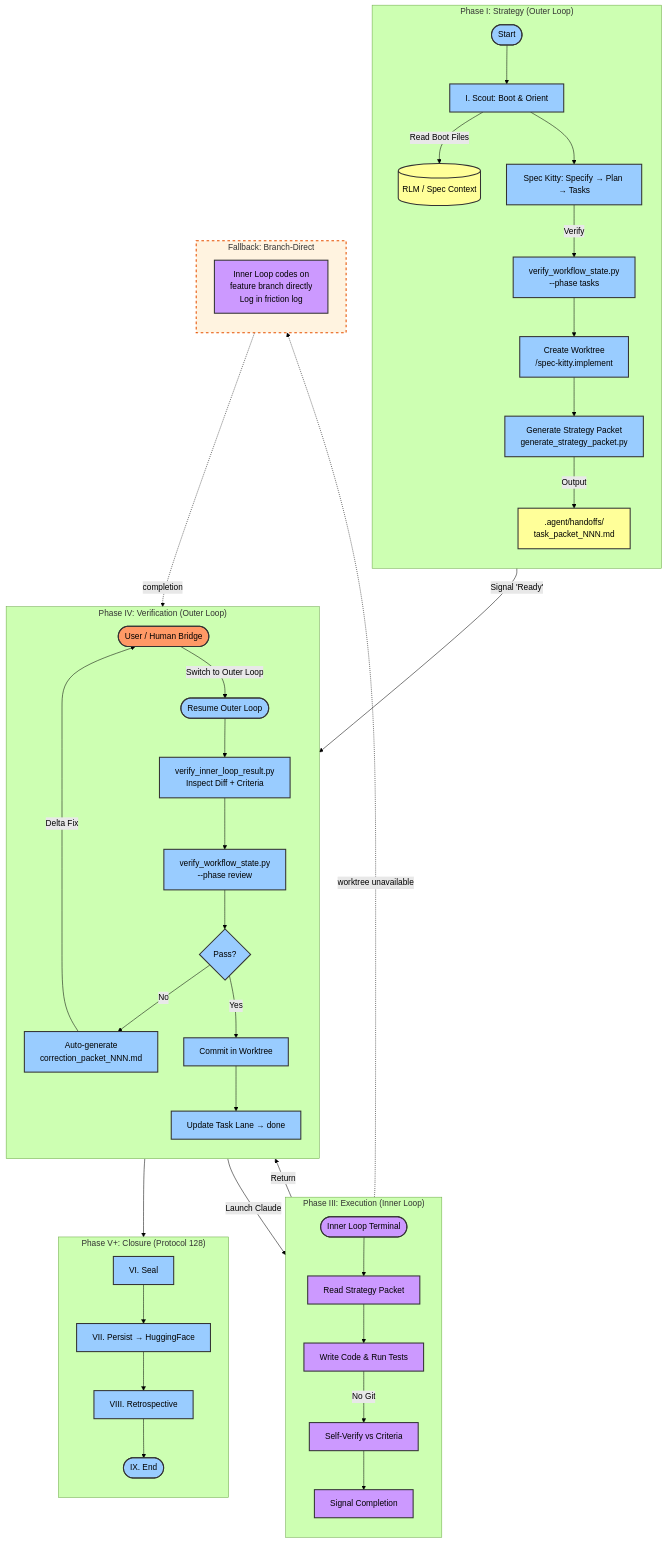
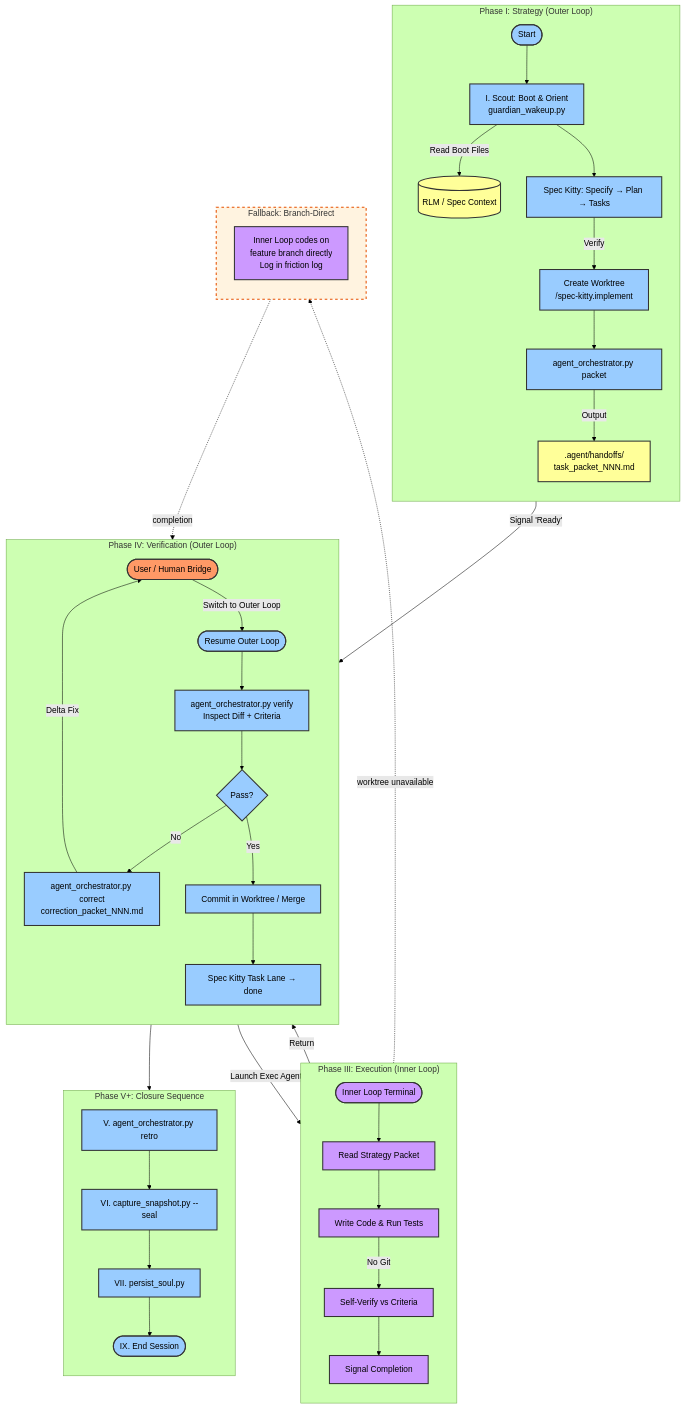
Before and after one commit to richfrem/Project_Sanctuary: the diagram in plugins/sanctuary-guardian/resources/diagrams/dual_loop_architecture.mmd, drawn with Mermaid (forest theme). The commit also changed 230 other files, not shown here.

```diff
--- a/plugins/sanctuary-guardian/resources/diagrams/dual_loop_architecture.mmd
+++ b/plugins/sanctuary-guardian/resources/diagrams/dual_loop_architecture.mmd
@@ -1,87 +1,85 @@
 flowchart TD
     %% ----------------------------------------------------
     %% Dual-Loop Agent Architecture (Protocol 133 + 128)
     %% ----------------------------------------------------
 
     %% Colors
     classDef human fill:#ff9966,stroke:#333,stroke-width:2px;
     classDef outer fill:#99ccff,stroke:#333,stroke-width:2px;
     classDef inner fill:#cc99ff,stroke:#333,stroke-width:2px;
     classDef storage fill:#ffff99,stroke:#333,stroke-width:2px;
 
     %% Actors
     User([User / Human Bridge]):::human
 
     %% ----------------------------------------------------
     %% PHASE I: STRATEGY (Outer Loop)
     %% ----------------------------------------------------
     subgraph OuterStrategy ["Phase I: Strategy (Outer Loop)"]
         direction TB
 
-        Start(["Start"]):::outer --> Scout[I. Scout: Boot & Orient]:::outer
+        Start(["Start"]):::outer --> Scout[I. Scout: Boot & Orient<br>guardian_wakeup.py]:::outer
         Scout -->|Read Boot Files| Context[(RLM / Spec Context)]:::storage
 
         Scout --> SpecKitty[Spec Kitty: Specify → Plan → Tasks]:::outer
-        SpecKitty -->|Verify| StateCheck[verify_workflow_state.py<br>--phase tasks]:::outer
-        StateCheck --> Worktree[Create Worktree<br>/spec-kitty.implement]:::outer
-        Worktree --> PacketGen[Generate Strategy Packet<br>generate_strategy_packet.py]:::outer
+        SpecKitty -->|Verify| Worktree[Create Worktree<br>/spec-kitty.implement]:::outer
+        Worktree --> PacketGen[agent_orchestrator.py packet]:::outer
         PacketGen -->|Output| Packet[".agent/handoffs/<br>task_packet_NNN.md"]:::storage
     end
 
     %% ----------------------------------------------------
     %% PHASE II: HAND-OFF (Human Bridge)
     %% ----------------------------------------------------
     Packet -->|Signal 'Ready'| User
-    User -->|Launch Claude| InnerStart([Inner Loop Terminal]):::inner
+    User -->|Launch Exec Agent| InnerStart([Inner Loop Terminal]):::inner
 
     %% ----------------------------------------------------
     %% PHASE III: EXECUTION (Inner Loop)
     %% ----------------------------------------------------
     subgraph InnerExec ["Phase III: Execution (Inner Loop)"]
         direction TB
 
         InnerStart --> ReadPacket[Read Strategy Packet]:::inner
         ReadPacket --> Code[Write Code & Run Tests]:::inner
         Code -->|No Git| Verify[Self-Verify vs Criteria]:::inner
         Verify --> Done[Signal Completion]:::inner
     end
 
     Done -->|Return| User
     User -->|Switch to Outer Loop| VerifyStart(["Resume Outer Loop"]):::outer
 
     %% ----------------------------------------------------
     %% PHASE IV: VERIFICATION (Outer Loop)
     %% ----------------------------------------------------
     subgraph Verification ["Phase IV: Verification (Outer Loop)"]
         direction TB
-        VerifyStart --> DiffCheck[verify_inner_loop_result.py<br>Inspect Diff + Criteria]:::outer
-        DiffCheck --> CleanCheck[verify_workflow_state.py<br>--phase review]:::outer
-        CleanCheck --> Decision{Pass?}:::outer
+        VerifyStart --> DiffCheck[agent_orchestrator.py verify<br>Inspect Diff + Criteria]:::outer
+        DiffCheck --> Decision{Pass?}:::outer
 
-        Decision -- No --> Correction[Auto-generate<br>correction_packet_NNN.md]:::outer
+        Decision -- No --> Correction[agent_orchestrator.py correct<br>correction_packet_NNN.md]:::outer
         Correction -->|Delta Fix| User
 
-        Decision -- Yes --> Commit[Commit in Worktree]:::outer
-        Commit --> LaneUpdate[Update Task Lane → done]:::outer
+        Decision -- Yes --> Commit[Commit in Worktree / Merge]:::outer
+        Commit --> LaneUpdate[Spec Kitty Task Lane → done]:::outer
     end
 
     %% ----------------------------------------------------
     %% PHASE V+: CLOSURE (Protocol 128)
     %% ----------------------------------------------------
-    subgraph Closure ["Phase V+: Closure (Protocol 128)"]
+    subgraph Closure ["Phase V+: Closure Sequence"]
         direction TB
-        LaneUpdate --> Seal[VI. Seal]:::outer
-        Seal --> Persist[VII. Persist → HuggingFace]:::outer
-        Persist --> Retro[VIII. Retrospective]:::outer
-        Retro --> End([IX. End]):::outer
+        LaneUpdate --> Retro[V. agent_orchestrator.py retro]:::outer
+        Retro --> Seal[VI. capture_snapshot.py --seal]:::outer
+        Seal --> Persist[VII. persist_soul.py]:::outer
+        Persist --> End([IX. End Session]):::outer
     end
 
     %% Fallback
     subgraph FallbackMode ["Fallback: Branch-Direct"]
         direction TB
         FallbackNote[Inner Loop codes on<br>feature branch directly<br>Log in friction log]:::inner
     end
     style FallbackMode fill:#fff3e0,stroke:#e65100,stroke-width:2px,stroke-dasharray: 5 5
 
     InnerStart -.->|worktree unavailable| FallbackNote
     FallbackNote -.->|completion| User
```
